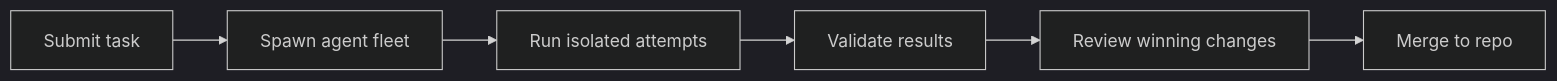
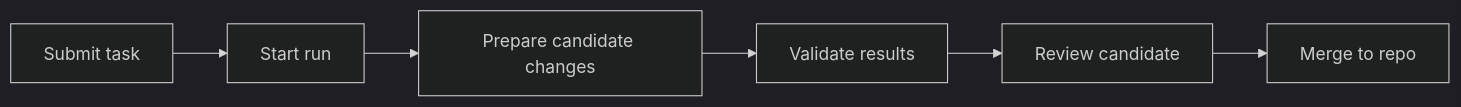
Before and after one commit to seasnoke/docs: the diagram in content/docs/index.mdx, drawn with Mermaid (dark theme). The commit also changed other lines of this file and 15 other files, not shown here.

````diff
--- a/content/docs/index.mdx
+++ b/content/docs/index.mdx
@@ -24,8 +24,8 @@
 ```mermaid
 flowchart LR
-  A[Submit task] --> B[Spawn agent fleet]
-  B --> C[Run isolated attempts]
+  A[Submit task] --> B[Start run]
+  B --> C[Prepare candidate changes]
   C --> D[Validate results]
-  D --> E[Review winning changes]
+  D --> E[Review candidate]
   E --> F[Merge to repo]
 ```
````
